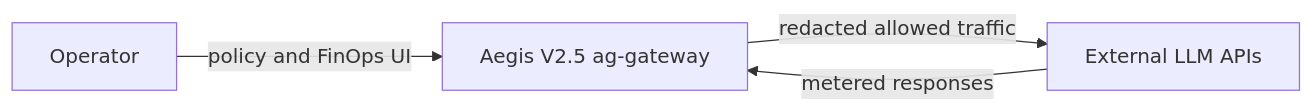
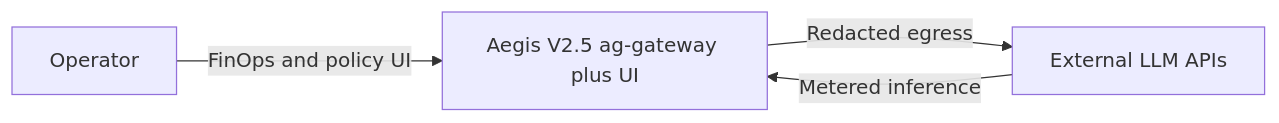
The first of 3 diagrams in README.md (HsiangyuLan/aegis-v2-gateway), drawn with Mermaid before and after one commit. The commit also changed other lines of this file and 7 other files, not shown here.

````diff
--- a/README.md
+++ b/README.md
@@ -139,9 +66,9 @@
 ```mermaid
 flowchart LR
-  Op["Operator"]
-  Aegis["Aegis V2.5 ag-gateway"]
-  LLM["External LLM APIs"]
-  Op -->|"policy and FinOps UI"| Aegis
-  Aegis -->|"redacted allowed traffic"| LLM
-  LLM -->|"metered responses"| Aegis
+  operatorPerson[Operator]
+  aegisSystem[Aegis V2.5 ag-gateway plus UI]
+  llmExternal[External LLM APIs]
+  operatorPerson -->|"FinOps and policy UI"| aegisSystem
+  aegisSystem -->|"Redacted egress"| llmExternal
+  llmExternal -->|"Metered inference"| aegisSystem
 ```
````
